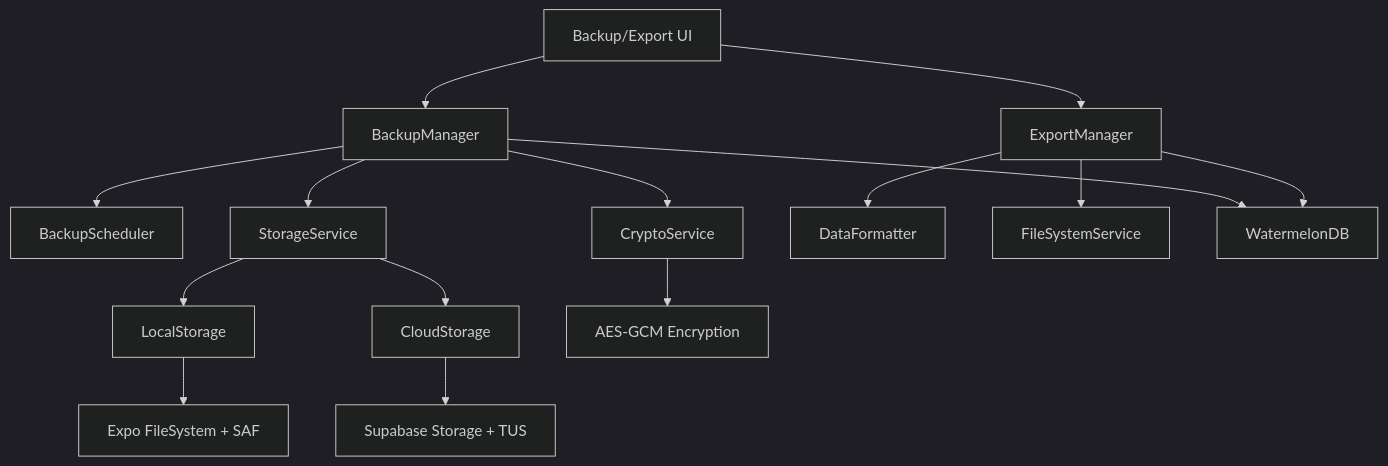
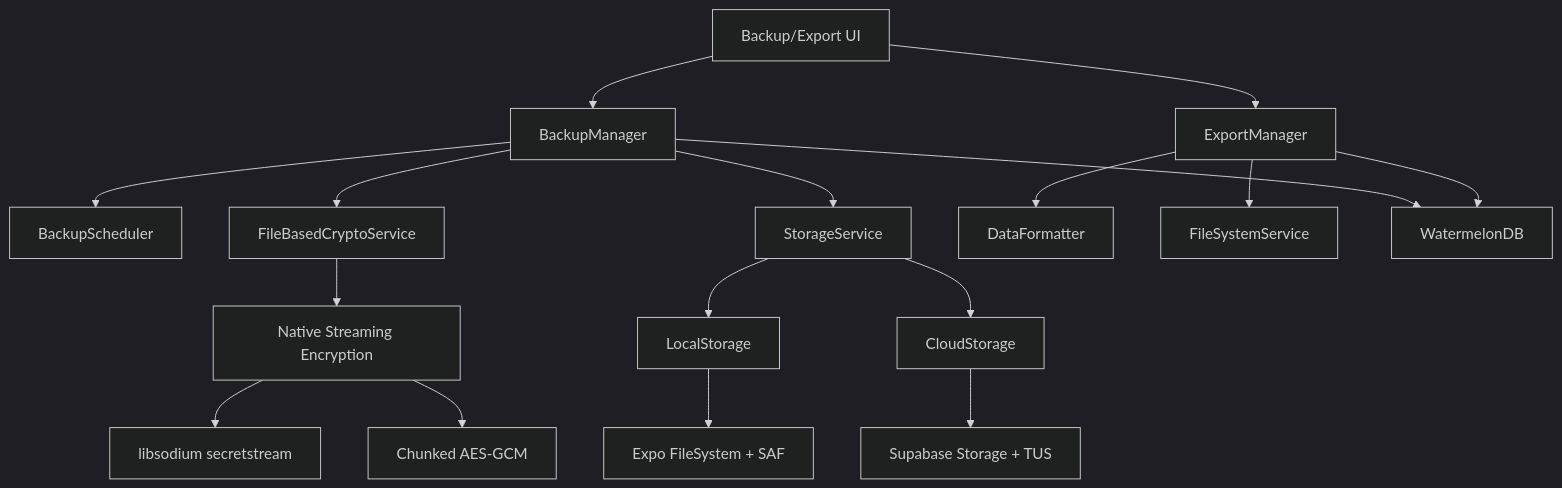
The diagram in .kiro/specs/15. data-export-and-backup/design.md (jp2507-max/GrowBro), drawn with Mermaid (dark theme) before and after one commit. The commit also changed other lines of this file and 21 other files, not shown here.

````diff
--- a/.kiro/specs/15. data-export-and-backup/design.md
+++ b/.kiro/specs/15. data-export-and-backup/design.md
@@ -19,23 +19,25 @@
 ```mermaid
 graph TB
     UI[Backup/Export UI] --> Manager[BackupManager]
     UI --> ExportManager[ExportManager]
 
     Manager --> Scheduler[BackupScheduler]
-    Manager --> Crypto[CryptoService]
+    Manager --> Crypto[FileBasedCryptoService]
     Manager --> Storage[StorageService]
 
     ExportManager --> Formatter[DataFormatter]
     ExportManager --> FileSystem[FileSystemService]
 
     Storage --> Local[LocalStorage]
     Storage --> Cloud[CloudStorage]
 
-    Crypto --> AES[AES-GCM Encryption]
+    Crypto --> Native[Native Streaming Encryption]
+    Native --> Libsodium[libsodium secretstream]
+    Native --> AESGCM[Chunked AES-GCM]
 
     Manager --> WDB[WatermelonDB]
     ExportManager --> WDB
 
     Cloud --> Supabase[Supabase Storage + TUS]
     Local --> Expo[Expo FileSystem + SAF]
 ```
````
